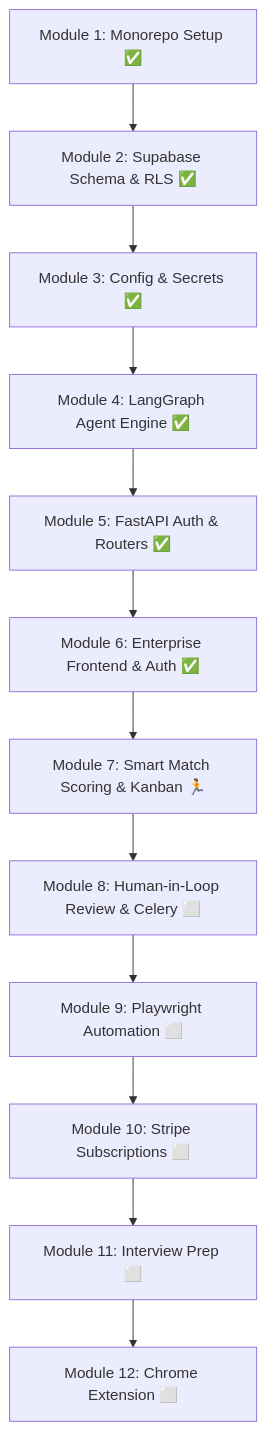
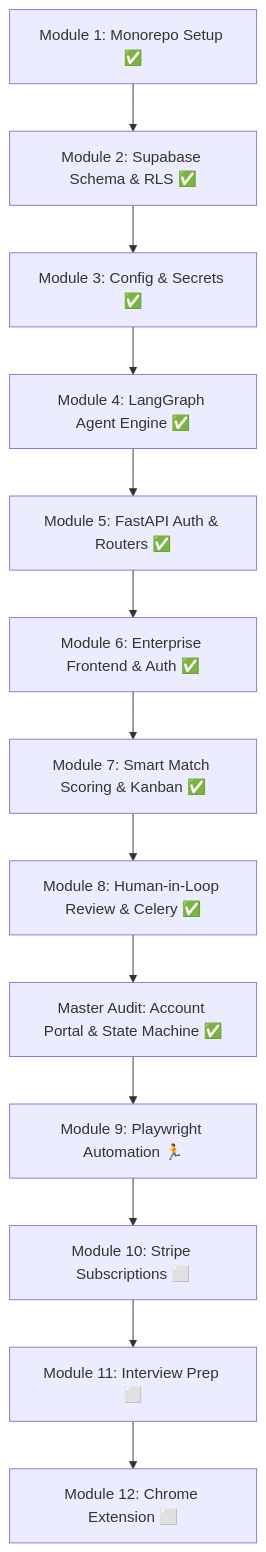
One commit to Ch-SaifUllah-Sundhu/Automated-Job-Application changed the diagram in Development_Plan.md. Above: the diagram before and after it, drawn with Mermaid. The commit also changed other lines of this file and 6 other files, not shown here.

````diff
--- a/Development_Plan.md
+++ b/Development_Plan.md
@@ -11,14 +11,15 @@
 ```mermaid
 graph TD
     M1["Module 1: Monorepo Setup ✅"] --> M2["Module 2: Supabase Schema & RLS ✅"]
     M2 --> M3["Module 3: Config & Secrets ✅"]
     M3 --> M4["Module 4: LangGraph Agent Engine ✅"]
     M4 --> M5["Module 5: FastAPI Auth & Routers ✅"]
     M5 --> M6["Module 6: Enterprise Frontend & Auth ✅"]
-    M6 --> M7["Module 7: Smart Match Scoring & Kanban 🏃"]
-    M7 --> M8["Module 8: Human-in-Loop Review & Celery ⬜"]
-    M8 --> M9["Module 9: Playwright Automation ⬜"]
+    M6 --> M7["Module 7: Smart Match Scoring & Kanban ✅"]
+    M7 --> M8["Module 8: Human-in-Loop Review & Celery ✅"]
+    M8 --> MAudit["Master Audit: Account Portal & State Machine ✅"]
+    MAudit --> M9["Module 9: Playwright Automation 🏃"]
     M9 --> M10["Module 10: Stripe Subscriptions ⬜"]
     M10 --> M11["Module 11: Interview Prep ⬜"]
     M11 --> M12["Module 12: Chrome Extension ⬜"]
 ```
````
